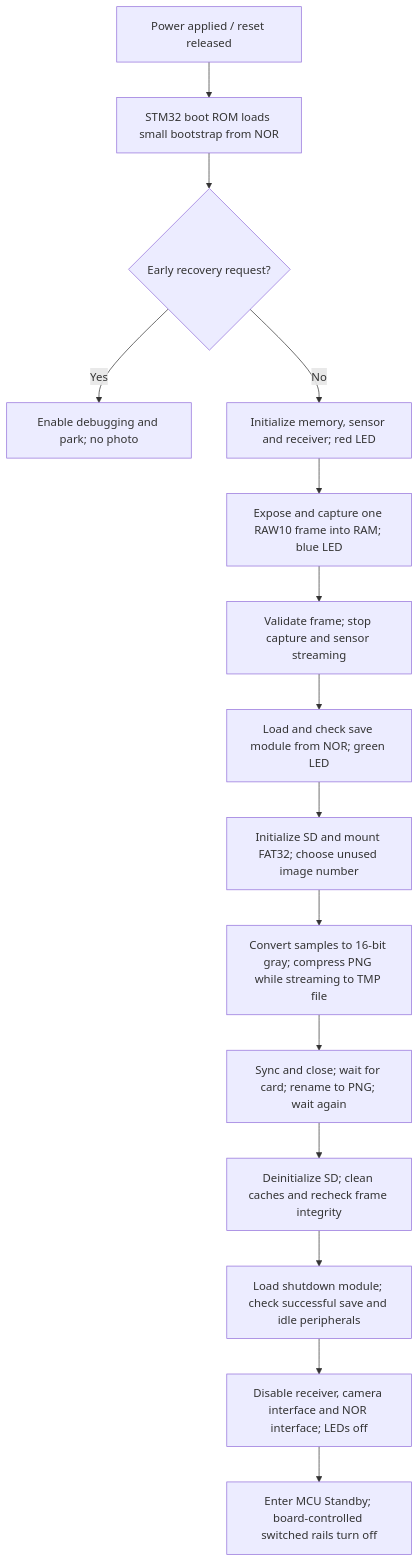
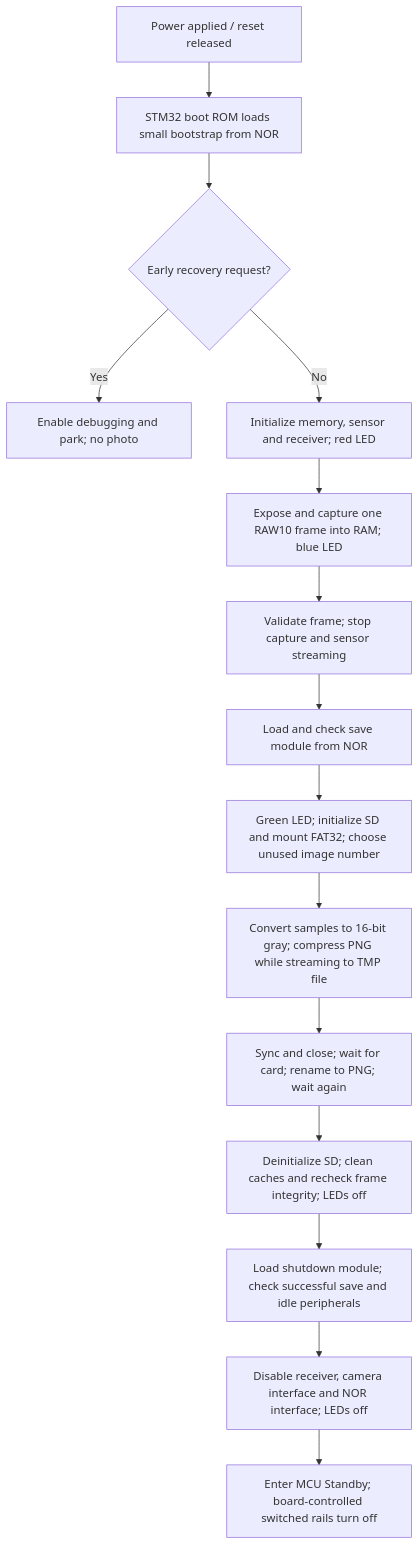
The diagram in firmware/capture-sd/README.md (bigjosh/global-x-camera), drawn with Mermaid before and after one commit.

Commit message:
Clarify save LED phase in firmware flow

````diff
--- a/firmware/capture-sd/README.md
+++ b/firmware/capture-sd/README.md
@@ -23,17 +23,17 @@
 ```mermaid
 flowchart TD
     A[Power applied / reset released] --> B[STM32 boot ROM loads small bootstrap from NOR]
     B --> C{Early recovery request?}
     C -->|Yes| R[Enable debugging and park; no photo]
     C -->|No| D[Initialize memory, sensor and receiver; red LED]
     D --> E[Expose and capture one RAW10 frame into RAM; blue LED]
     E --> F[Validate frame; stop capture and sensor streaming]
-    F --> G[Load and check save module from NOR; green LED]
-    G --> H[Initialize SD and mount FAT32; choose unused image number]
+    F --> G[Load and check save module from NOR]
+    G --> H[Green LED; initialize SD and mount FAT32; choose unused image number]
     H --> I[Convert samples to 16-bit gray; compress PNG while streaming to TMP file]
     I --> J[Sync and close; wait for card; rename to PNG; wait again]
-    J --> K[Deinitialize SD; clean caches and recheck frame integrity]
+    J --> K[Deinitialize SD; clean caches and recheck frame integrity; LEDs off]
     K --> L[Load shutdown module; check successful save and idle peripherals]
     L --> M[Disable receiver, camera interface and NOR interface; LEDs off]
     M --> N[Enter MCU Standby; board-controlled switched rails turn off]
 ```
````
